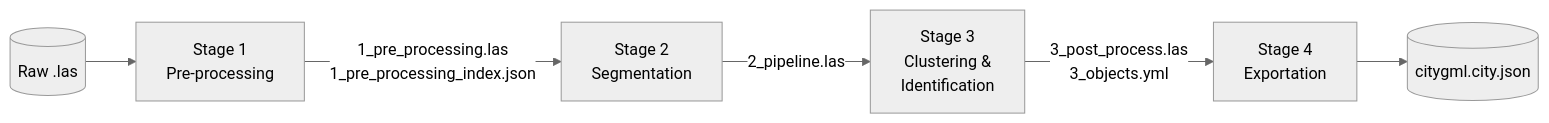
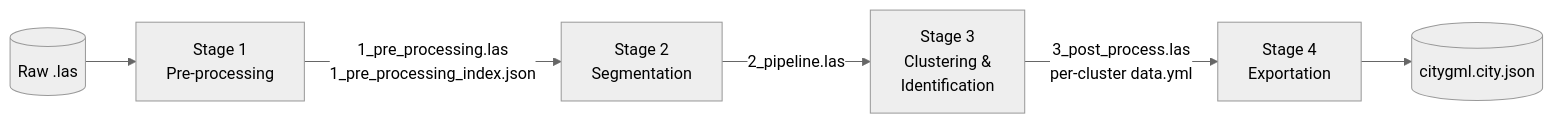
Before and after one commit to M-Saeb/segmentor: the diagram in README.md, drawn with Mermaid (neutral theme). The commit also changed other lines of this file and 12 other files, not shown here.

Commit message:
Update the format of output data for post_processing stage

````diff
--- a/README.md
+++ b/README.md
@@ -92,8 +92,8 @@
 ```mermaid
 flowchart LR
     A[(Raw .las)] --> S1[Stage 1<br/>Pre-processing]
     S1 -->|1_pre_processing.las<br/>1_pre_processing_index.json| S2[Stage 2<br/>Segmentation]
     S2 -->|2_pipeline.las| S3[Stage 3<br/>Clustering &<br/>Identification]
-    S3 -->|3_post_process.las<br/>3_objects.yml| S4[Stage 4<br/>Exportation]
+    S3 -->|3_post_process.las<br/>per-cluster data.yml| S4[Stage 4<br/>Exportation]
     S4 --> B[(citygml.city.json)]
 ```
````
